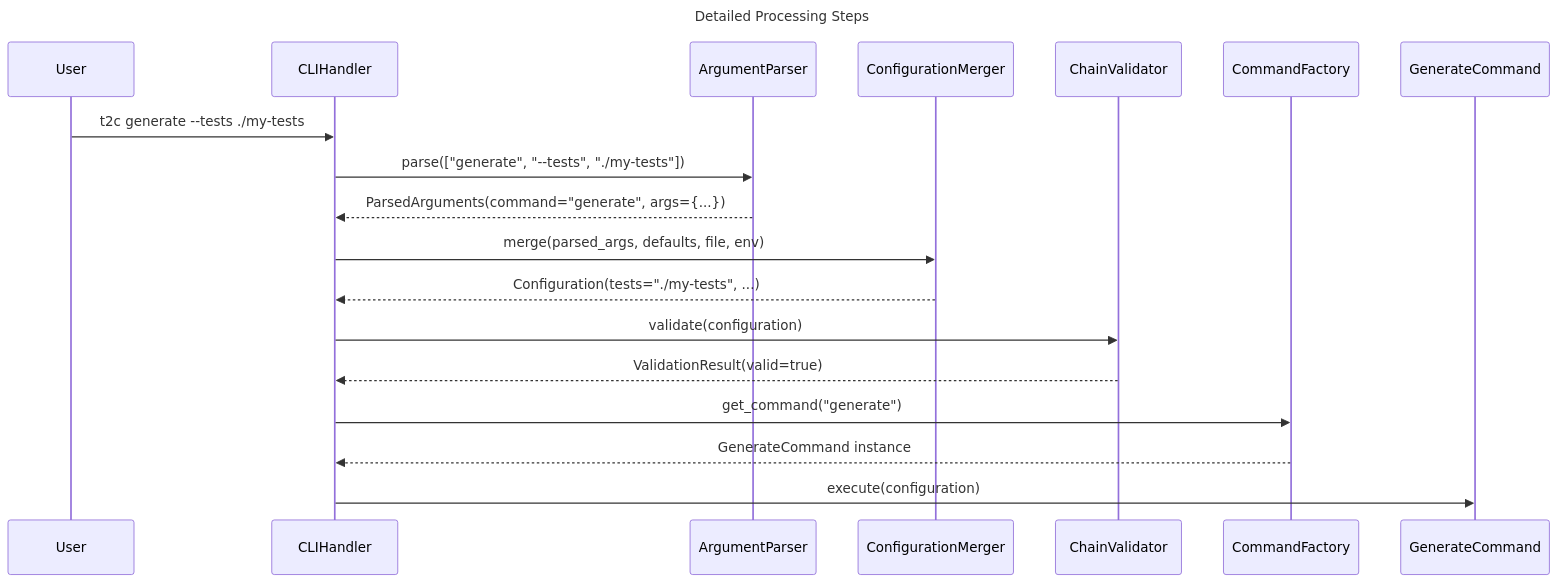
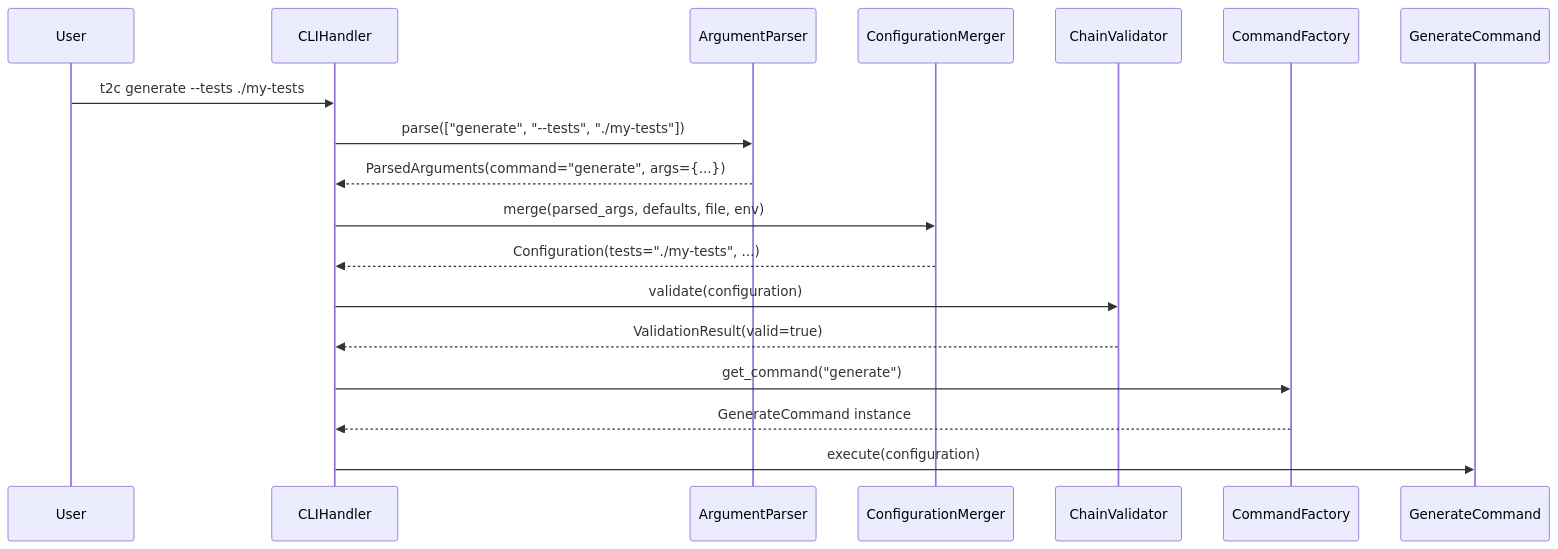
One commit to FilippoGurioli/test-2-code-llm changed the third of 3 diagrams in docs/design.md. Above: the diagram before and after it, drawn with Mermaid. The commit also changed other lines of this file, not shown here.

````diff
--- a/docs/design.md
+++ b/docs/design.md
@@ -130,27 +131,24 @@
 ```mermaid
----
-title: Detailed Processing Steps
----
 sequenceDiagram
     participant User
     participant CLIHandler
     participant ArgumentParser
     participant ConfigurationMerger
     participant ChainValidator
     participant CommandFactory
 
     User->>CLIHandler: t2c generate --tests ./my-tests
     CLIHandler->>ArgumentParser: parse(["generate", "--tests", "./my-tests"])
     ArgumentParser-->>CLIHandler: ParsedArguments(command="generate", args={...})
     
     CLIHandler->>ConfigurationMerger: merge(parsed_args, defaults, file, env)
     ConfigurationMerger-->>CLIHandler: Configuration(tests="./my-tests", ...)
     
     CLIHandler->>ChainValidator: validate(configuration)
     ChainValidator-->>CLIHandler: ValidationResult(valid=true)
     
     CLIHandler->>CommandFactory: get_command("generate")
     CommandFactory-->>CLIHandler: GenerateCommand instance
     
     CLIHandler->>GenerateCommand: execute(configuration)
 ```
````
